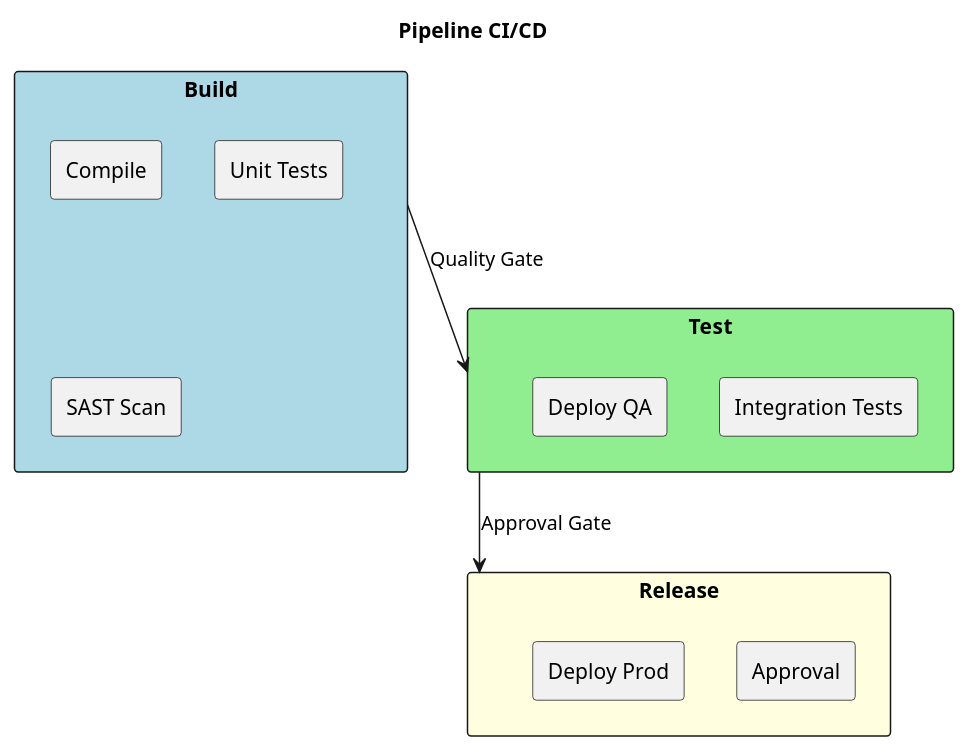
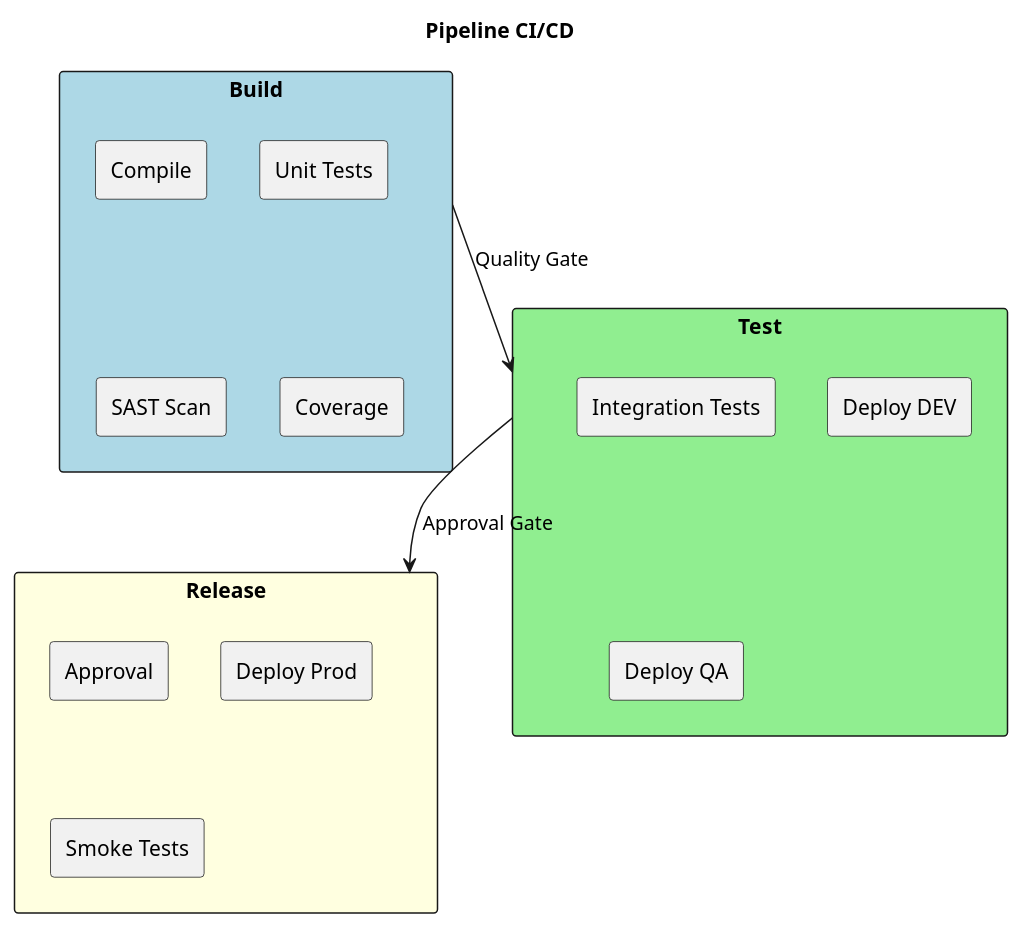
One commit to beduardo/novobanco_website_doc changed the second of 3 diagrams in current/sections/SEC-10-arquitetura-operacional.md. Above: the diagram before and after it, drawn with PlantUML. The commit also changed other lines of this file and 17 other files, not shown here.

````diff
--- a/current/sections/SEC-10-arquitetura-operacional.md
+++ b/current/sections/SEC-10-arquitetura-operacional.md
@@ -101,27 +143,30 @@
 ```plantuml
 @startuml
 skinparam backgroundColor white
 
 title Pipeline CI/CD
 
 rectangle "Build" as B #LightBlue {
   rectangle "Compile"
   rectangle "Unit Tests"
   rectangle "SAST Scan"
+  rectangle "Coverage"
 }
 
 rectangle "Test" as T #LightGreen {
   rectangle "Integration Tests"
+  rectangle "Deploy DEV"
   rectangle "Deploy QA"
 }
 
 rectangle "Release" as R #LightYellow {
   rectangle "Approval"
   rectangle "Deploy Prod"
+  rectangle "Smoke Tests"
 }
 
 B --> T : Quality Gate
 T --> R : Approval Gate
 
 @enduml
 ```
````
